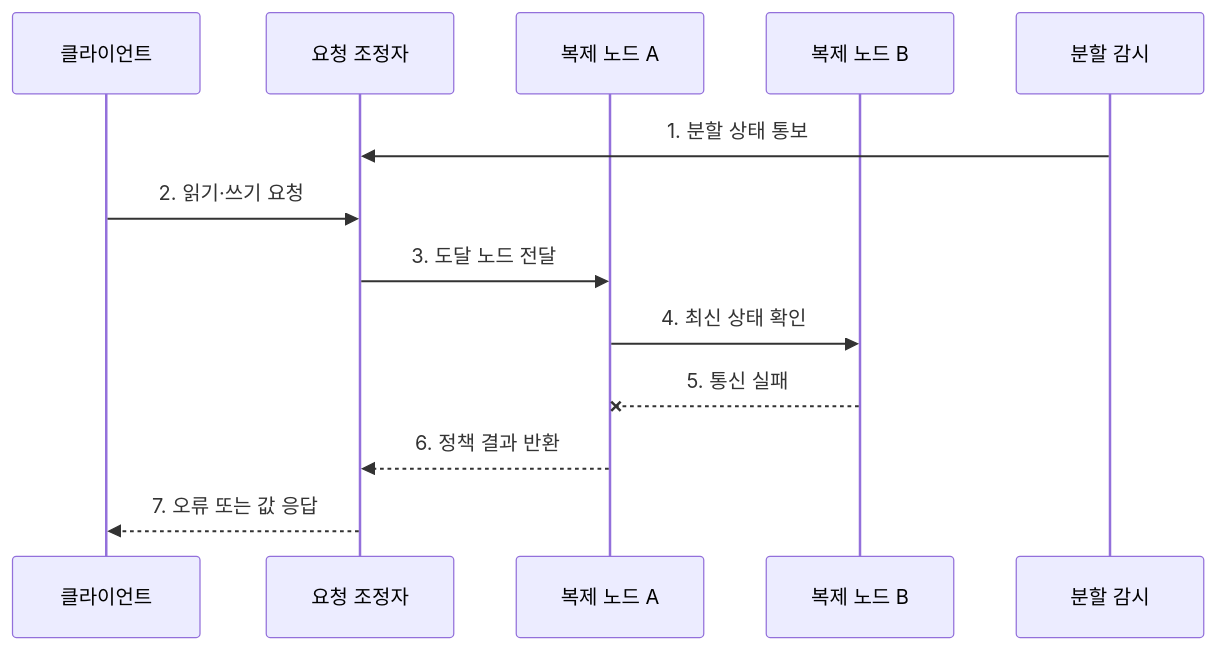
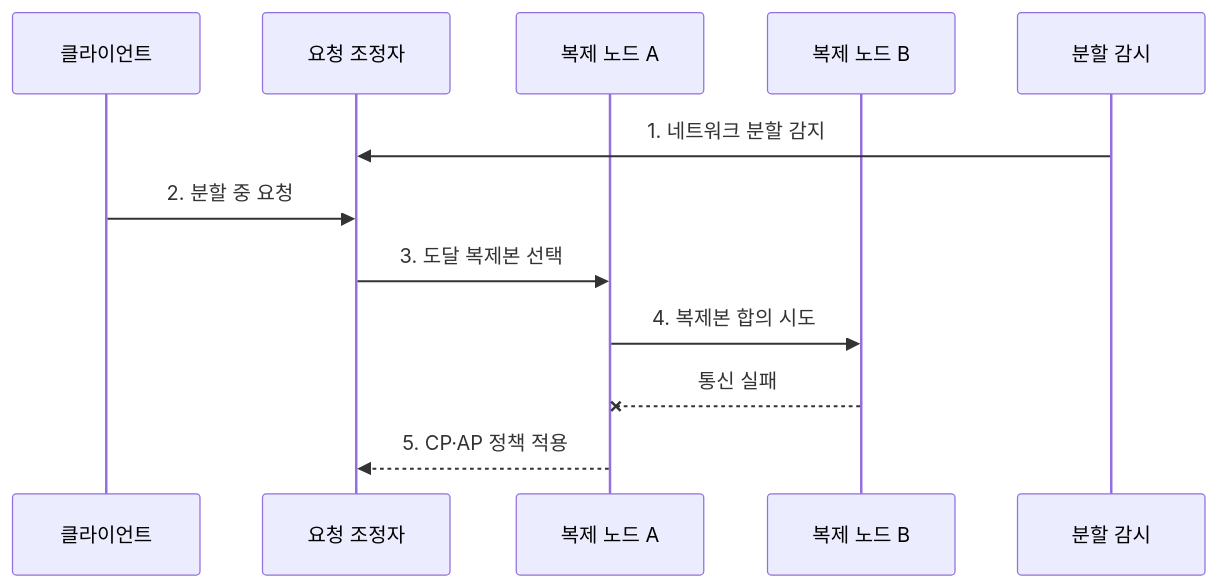
Before and after one commit to agnusdei1207/knowledge-base: the second of 2 diagrams in src/content/docs/notes/03-software/103_cap_theorem.md, drawn with Mermaid. The commit also changed other lines of this file and 238 other files, not shown here.

````diff
--- a/src/content/docs/notes/03-software/103_cap_theorem.md
+++ b/src/content/docs/notes/03-software/103_cap_theorem.md
@@ -77,15 +77,14 @@
 ```mermaid
 sequenceDiagram
     participant C as 클라이언트
     participant O as 요청 조정자
     participant A as 복제 노드 A
     participant B as 복제 노드 B
     participant M as 분할 감시
-    M->>O: 1. 분할 상태 통보
-    C->>O: 2. 읽기·쓰기 요청
-    O->>A: 3. 도달 노드 전달
-    A->>B: 4. 최신 상태 확인
-    B--xA: 5. 통신 실패
-    A-->>O: 6. 정책 결과 반환
-    O-->>C: 7. 오류 또는 값 응답
+    M->>O: 1. 네트워크 분할 감지
+    C->>O: 2. 분할 중 요청
+    O->>A: 3. 도달 복제본 선택
+    A->>B: 4. 복제본 합의 시도
+    B--xA: 통신 실패
+    A-->>O: 5. CP·AP 정책 적용
 ```
````
